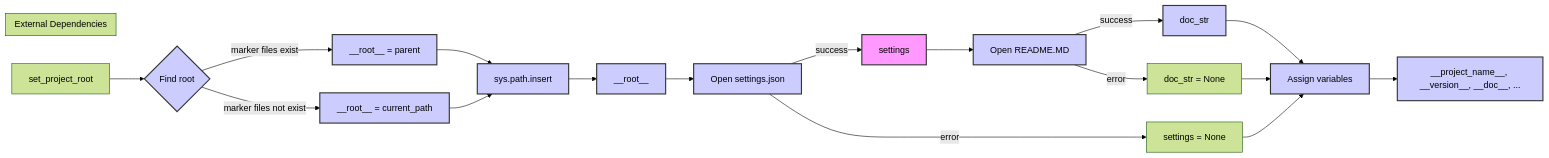
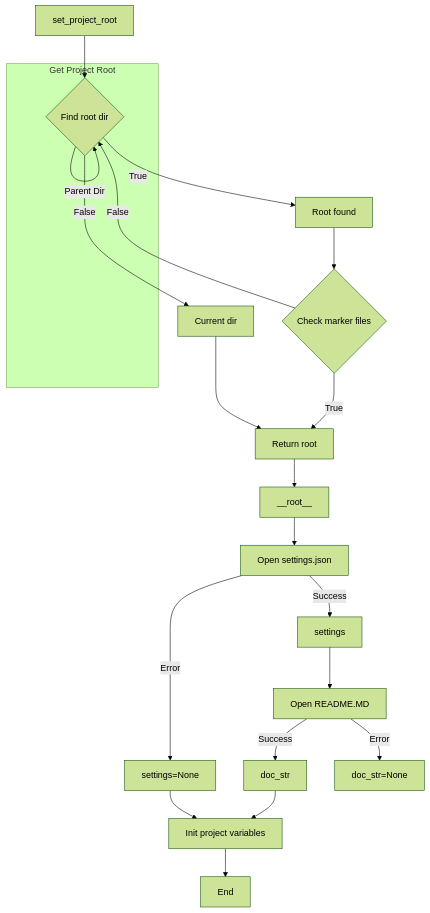
Before and after one commit to hypo69/hypo: the diagram in docs/gemini/ru/explainer/src/suppliers/kualastyle/header.md, drawn with Mermaid (forest theme). The commit also changed other lines of this file and 468 other files, not shown here.

````diff
--- a/docs/gemini/ru/explainer/src/suppliers/kualastyle/header.md
+++ b/docs/gemini/ru/explainer/src/suppliers/kualastyle/header.md
@@ -103,37 +119,24 @@
 ```mermaid
-graph LR
-    A[set_project_root] --> B{Find root};
-    B -- marker files exist --> C[__root__ = parent];
-    B -- marker files not exist --> D[__root__ = current_path];
-    C --> E[sys.path.insert];
-    D --> E;
-    E --> F[__root__];
-    F --> G[Open settings.json];
-    G -- success --> H[settings];
-    G -- error --> I[settings = None];
-    H --> J[Open README.MD];
-    J -- success --> K[doc_str];
-    J -- error --> L[doc_str = None];
-    K --> M[Assign variables];
-    I --> M;
-    L --> M;
-    M --> N[__project_name__, __version__, __doc__, ...];
-    subgraph "External Dependencies"
-        style H fill:#f9f,stroke:#333,stroke-width:2px
-        style J fill:#ccf,stroke:#333,stroke-width:2px
-        style K fill:#ccf,stroke:#333,stroke-width:2px
+graph TD
+    A[set_project_root] --> B{Find root dir};
+    B -- True --> C[Root found];
+    B -- False --> D[Current dir];
+    C --> E{Check marker files};
+    E -- True --> F[Return root];
+    E -- False --> B;
+    D --> F;
+    F --> G[__root__];
+    G --> H[Open settings.json];
+    H -- Success --> I[settings];
+    H -- Error --> J[settings=None];
+    I --> K[Open README.MD];
+    K -- Success --> L[doc_str];
+    K -- Error --> M[doc_str=None];
+    L --> N[Init project variables];
+    J --> N;
+    N --> O[End];
 
-        style G fill:#ccf,stroke:#333,stroke-width:2px
-
-        style M fill:#ccf,stroke:#333,stroke-width:2px
-
-        style N fill:#ccf,stroke:#333,stroke-width:2px
-        style E fill:#ccf,stroke:#333,stroke-width:2px
-
-        style F fill:#ccf,stroke:#333,stroke-width:2px
-        style B fill:#ccf,stroke:#333,stroke-width:2px
-        style C fill:#ccf,stroke:#333,stroke-width:2px
-        style D fill:#ccf,stroke:#333,stroke-width:2px
-
+    subgraph Get Project Root
+        B -- Parent Dir --> B;
     end
 ```
````
